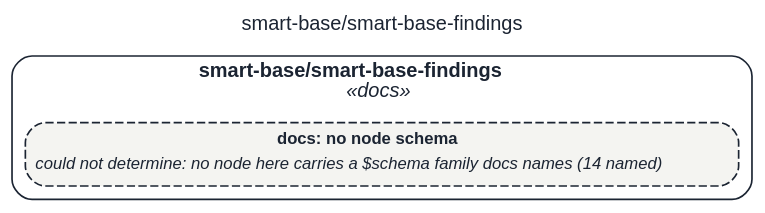
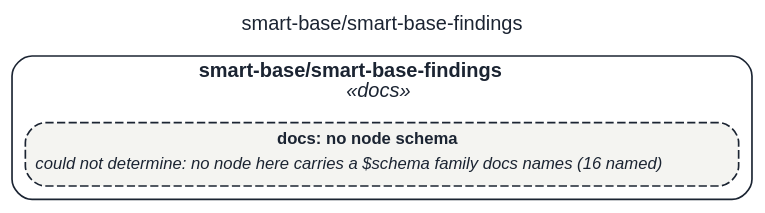
One commit to litlfred/smart-ra changed the diagram in assets/img/uml/overview/smart-base/smart-base-findings.dot. Above: the diagram before and after it, drawn with Graphviz. The commit also changed 5992 other files, not shown here.

```diff
--- a/assets/img/uml/overview/smart-base/smart-base-findings.dot
+++ b/assets/img/uml/overview/smart-base/smart-base-findings.dot
@@ -1,11 +1,11 @@
 // GENERATED by cat-harness-tools/scripts/gen-uml-overview.ts — do not edit.
 // Rendered page (interactive view, same model): https://litlfred.github.io/folio-assistant/uml/overview/smart-base/smart-base-findings.html
 digraph "smart_base_smart_base_findings" {
   graph [label="smart-base/smart-base-findings", labelloc=t, fontname="Helvetica", fontsize=12, fontcolor="#1b2432", newrank=true, ratio=auto, nodesep=0.3, ranksep=0.5, bgcolor="transparent"];
   node [shape=box, style="rounded,filled", margin=0.05, fontname="Helvetica", fontsize=10, color="#1b2432", fontcolor="#1b2432"];
   edge [color="#1b2432", fontcolor="#1b2432", fontname="Helvetica", fontsize=9];
   subgraph "cluster_pkg_smart_base_smart_base_findings" {
     label=<<b>smart-base/smart-base-findings</b><br/><i>«docs»</i>>; style="rounded"; color="#1b2432"; class="fa_uml_subgraph";
-    "n_smart_base_smart_base_findings_docs" [style="rounded,filled,dashed", fillcolor="#f4f4f1", class="fa_uml_kind_docs fa_uml_undetermined", label=<<table border="0" cellborder="0" cellspacing="0" cellpadding="2"><tr><td><b>docs: no node schema</b></td></tr><tr><td align="left"><i>could not determine: no node here carries a $schema family docs names (14 named)</i></td></tr></table>>];
+    "n_smart_base_smart_base_findings_docs" [style="rounded,filled,dashed", fillcolor="#f4f4f1", class="fa_uml_kind_docs fa_uml_undetermined", label=<<table border="0" cellborder="0" cellspacing="0" cellpadding="2"><tr><td><b>docs: no node schema</b></td></tr><tr><td align="left"><i>could not determine: no node here carries a $schema family docs names (16 named)</i></td></tr></table>>];
   }
 }
```
